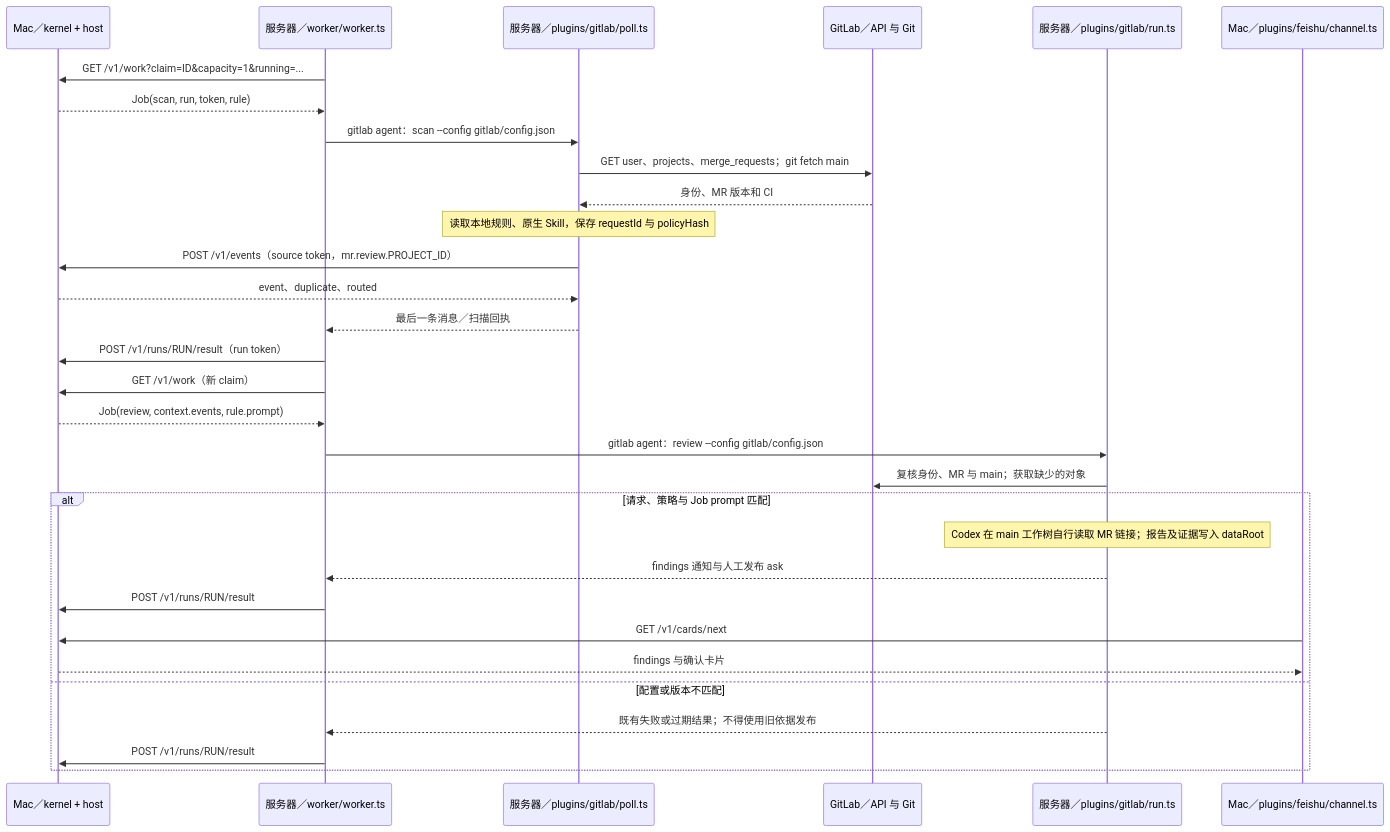
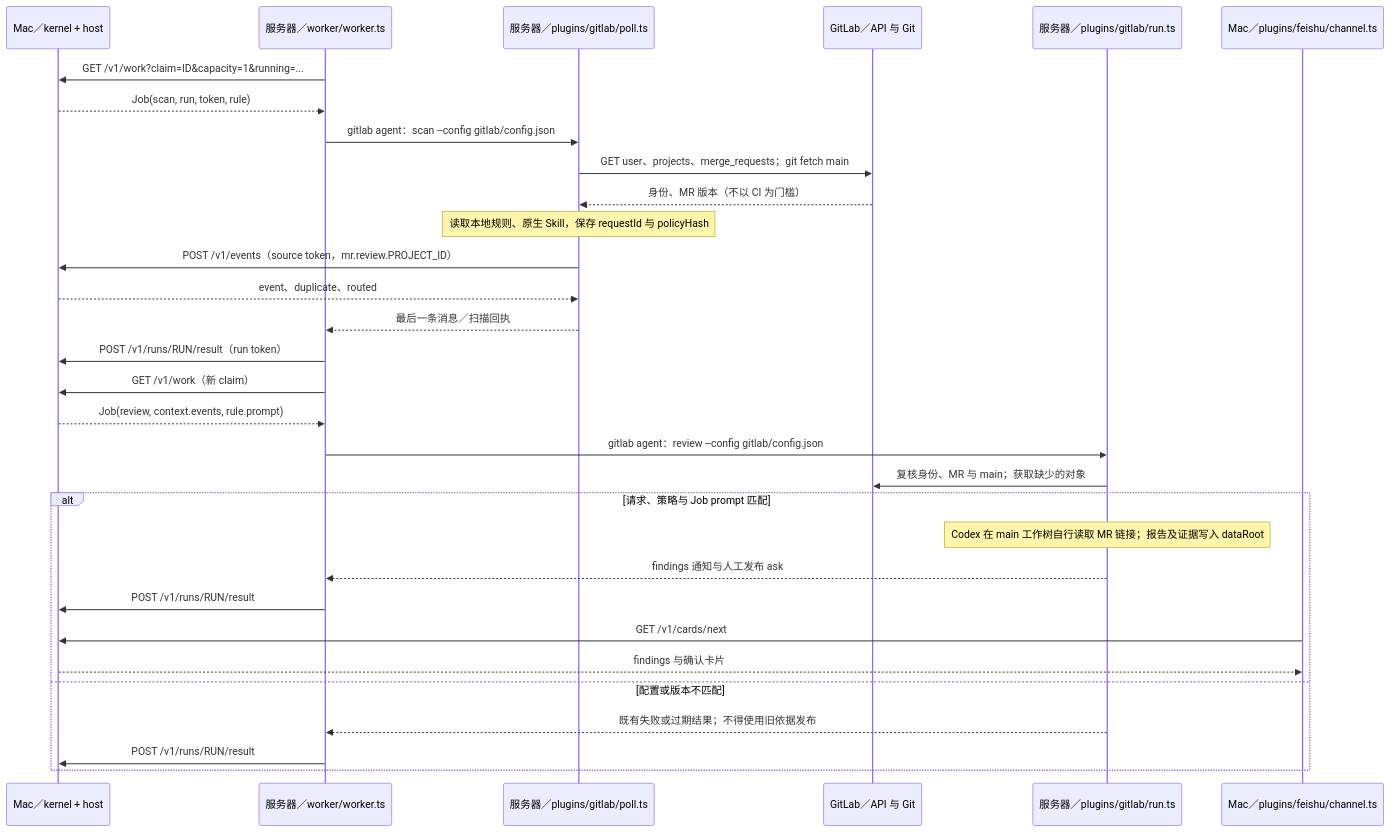
Before and after one commit to OOSYOO/agent-autoloop: the second of 3 diagrams in docs/specs/remote_review_worker.md, drawn with Mermaid. The commit also changed other lines of this file and 28 other files, not shown here.

````diff
--- a/docs/specs/remote_review_worker.md
+++ b/docs/specs/remote_review_worker.md
@@ -84,33 +84,33 @@
 ```mermaid
 sequenceDiagram
     participant H as Mac／kernel + host
     participant W as 服务器／worker/worker.ts
     participant P as 服务器／plugins/gitlab/poll.ts
     participant G as GitLab／API 与 Git
     participant R as 服务器／plugins/gitlab/run.ts
     participant C as Mac／plugins/feishu/channel.ts
     W->>H: GET /v1/work?claim=ID&capacity=1&running=...
     H-->>W: Job(scan, run, token, rule)
     W->>P: gitlab agent：scan --config gitlab/config.json
     P->>G: GET user、projects、merge_requests；git fetch main
-    G-->>P: 身份、MR 版本和 CI
+    G-->>P: 身份、MR 版本（不以 CI 为门槛）
     Note over P: 读取本地规则、原生 Skill，保存 requestId 与 policyHash
     P->>H: POST /v1/events（source token，mr.review.PROJECT_ID）
     H-->>P: event、duplicate、routed
     P-->>W: 最后一条消息／扫描回执
     W->>H: POST /v1/runs/RUN/result（run token）
     W->>H: GET /v1/work（新 claim）
     H-->>W: Job(review, context.events, rule.prompt)
     W->>R: gitlab agent：review --config gitlab/config.json
     R->>G: 复核身份、MR 与 main；获取缺少的对象
     alt 请求、策略与 Job prompt 匹配
         Note over R: Codex 在 main 工作树自行读取 MR 链接；报告及证据写入 dataRoot
         R-->>W: findings 通知与人工发布 ask
         W->>H: POST /v1/runs/RUN/result
         C->>H: GET /v1/cards/next
         H-->>C: findings 与确认卡片
     else 配置或版本不匹配
         R-->>W: 既有失败或过期结果；不得使用旧依据发布
         W->>H: POST /v1/runs/RUN/result
     end
 ```
````
